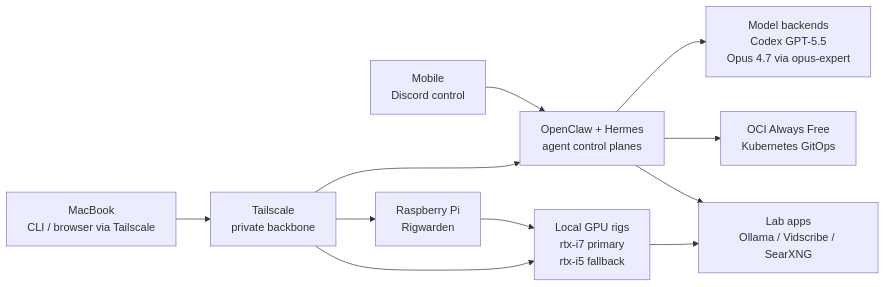
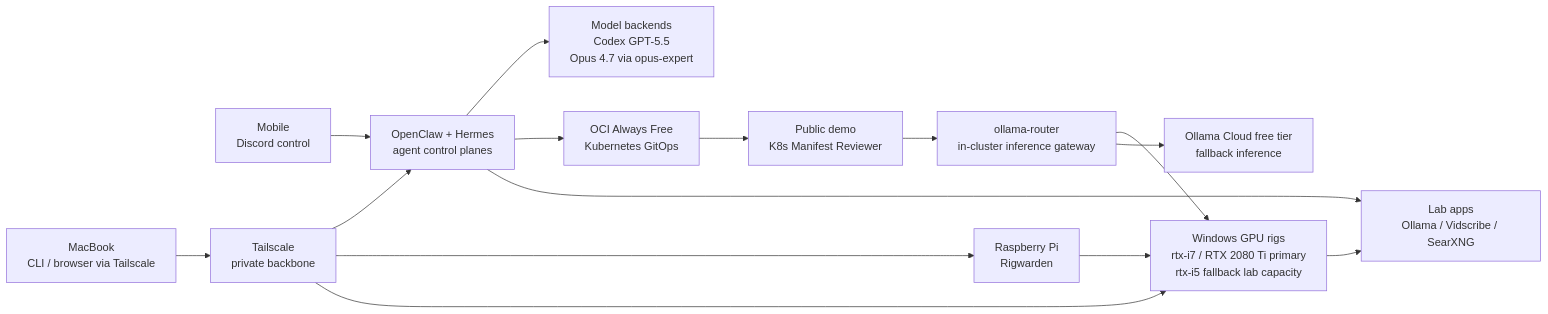
The diagram in homelab/README.md (maslankalm/ai-playground), drawn with Mermaid before and after one commit. The commit also changed other lines of this file and 8 other files, not shown here.

````diff
--- a/homelab/README.md
+++ b/homelab/README.md
@@ -15,23 +15,30 @@
 ```mermaid
 flowchart LR
     MAC["MacBook<br/>CLI / browser via Tailscale"]
     MOBILE["Mobile<br/>Discord control"]
     CP["OpenClaw + Hermes<br/>agent control planes"]
     MODELS["Model backends<br/>Codex GPT-5.5<br/>Opus 4.7 via opus-expert"]
     TAIL["Tailscale<br/>private backbone"]
     CLOUD["OCI Always Free<br/>Kubernetes GitOps"]
+    REVIEWER["Public demo<br/>K8s Manifest Reviewer"]
+    ROUTER["ollama-router<br/>in-cluster inference gateway"]
     PI["Raspberry Pi<br/>Rigwarden"]
-    GPU["Local GPU rigs<br/>rtx-i7 primary<br/>rtx-i5 fallback"]
+    GPU["Windows GPU rigs<br/>rtx-i7 / RTX 2080 Ti primary<br/>rtx-i5 fallback lab capacity"]
+    FALLBACK["Ollama Cloud free tier<br/>fallback inference"]
     APPS["Lab apps<br/>Ollama / Vidscribe / SearXNG"]
 
     MOBILE --> CP
     MAC --> TAIL
     TAIL --> CP
     CP --> MODELS
     CP --> CLOUD
+    CLOUD --> REVIEWER
+    REVIEWER --> ROUTER
+    ROUTER --> GPU
+    ROUTER --> FALLBACK
     TAIL --> PI
     TAIL --> GPU
     PI --> GPU
     GPU --> APPS
     CP --> APPS
 ```
````
